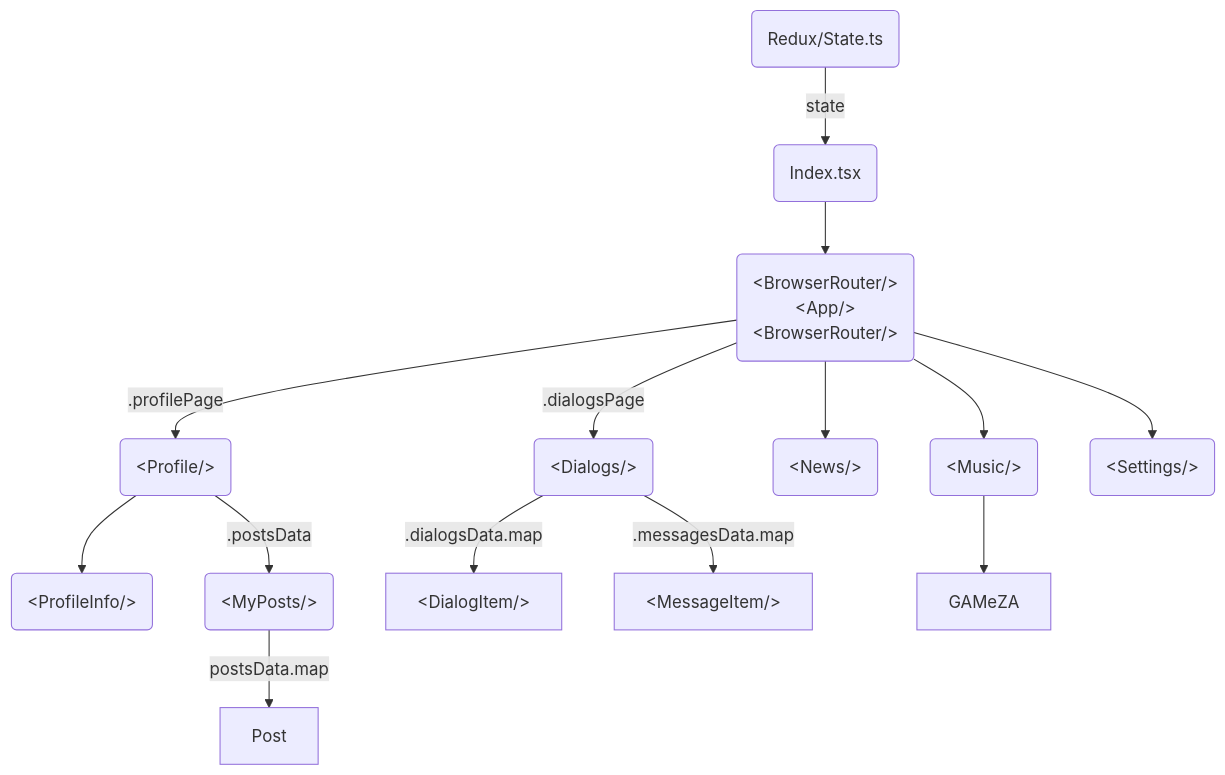
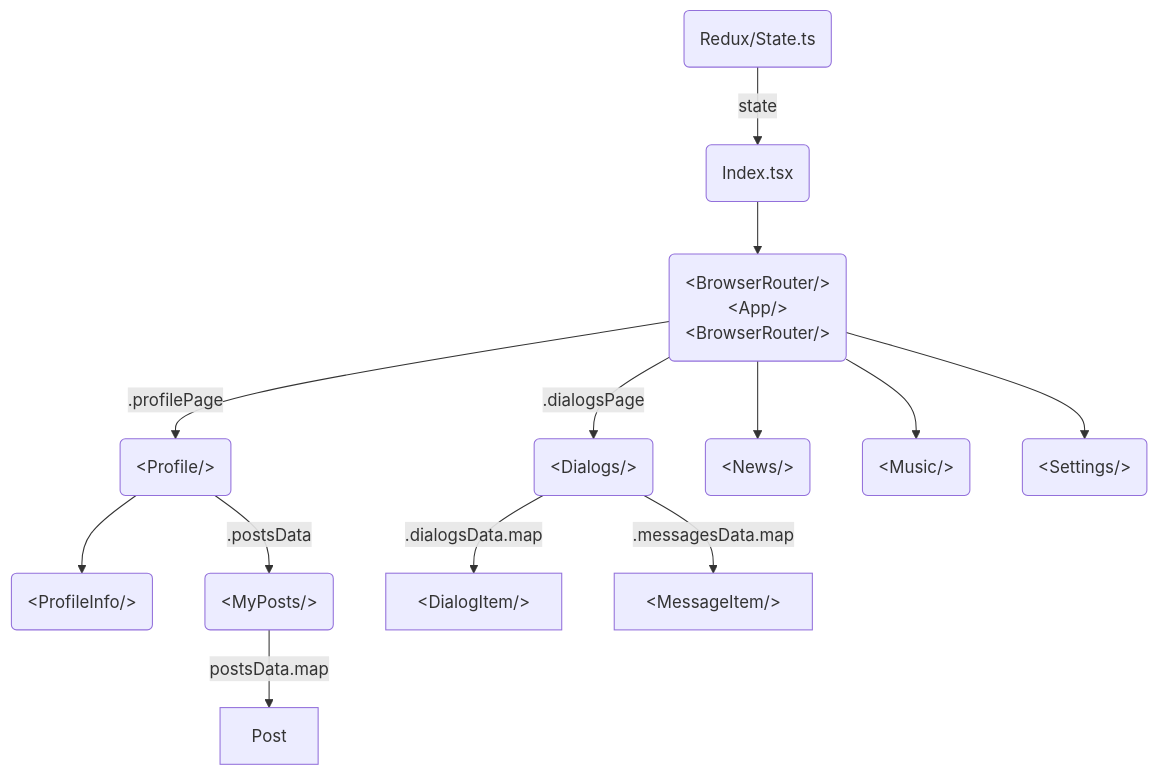
Before and after one commit to AntonRybakou/it-incubator-samurai-way: the diagram in README.md, drawn with Mermaid.

````diff
--- a/README.md
+++ b/README.md
@@ -26,16 +26,15 @@
 ```mermaid
   graph TD;
     A(Redux/State.ts)--state-->B(Index.tsx);
         B-->C(&ltBrowserRouter/><br>&ltApp/><br>&ltBrowserRouter/>)
             C--.profilePage-->D(&ltProfile/>)
                 D-->D1(&ltProfileInfo/>)
                 D--.postsData-->D2(&ltMyPosts/>)
                     D2--postsData.map-->Post
             C--.dialogsPage-->E(&ltDialogs/>)
                 E--.dialogsData.map-->E1[&ltDialogItem/>]
                 E--.messagesData.map-->E2[&ltMessageItem/>]
             C-->F(&ltNews/>)
             C-->G(&ltMusic/>)
-                G-->G1[GAMeZA]
             C-->H(&ltSettings/>)
 ```
````
